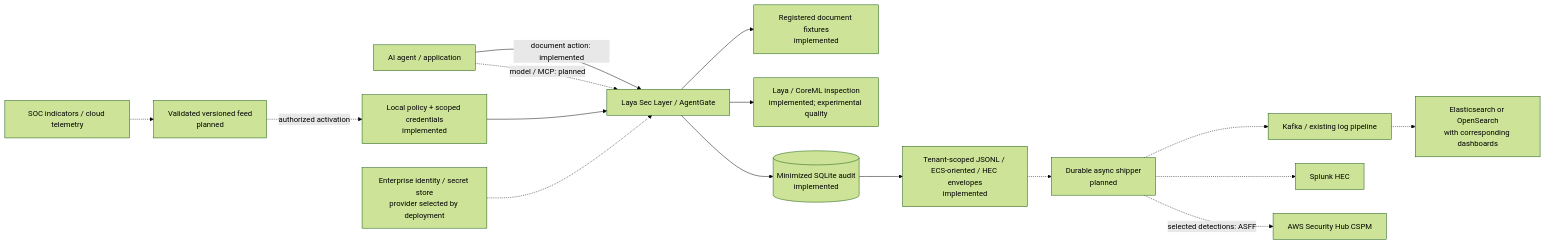
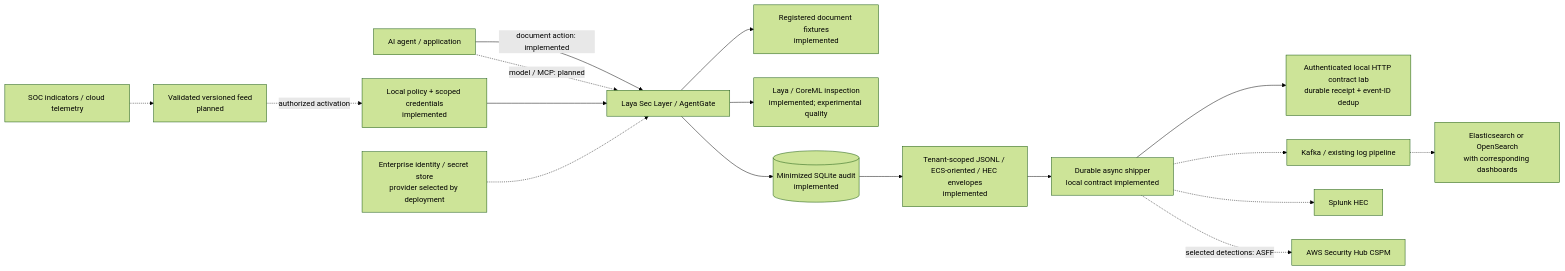
Before and after one commit to bsisduck/laya-layer: the diagram in docs/enterprise-integrations.md, drawn with Mermaid (forest theme). The commit also changed other lines of this file and 10 other files, not shown here.

````diff
--- a/docs/enterprise-integrations.md
+++ b/docs/enterprise-integrations.md
@@ -15,18 +17,19 @@
 ```mermaid
 flowchart LR
     Client["AI agent / application"] -->|"document action: implemented"| Gate["Laya Sec Layer / AgentGate"]
     Client -. "model / MCP: planned" .-> Gate
     Policy["Local policy + scoped credentials<br/>implemented"] --> Gate
     Gate --> Docs["Registered document fixtures<br/>implemented"]
     Gate --> Sem["Laya / CoreML inspection<br/>implemented; experimental quality"]
     Gate --> Audit[("Minimized SQLite audit<br/>implemented")]
     Audit --> Export["Tenant-scoped JSONL / ECS-oriented / HEC envelopes<br/>implemented"]
-    Export -.-> Shipper["Durable async shipper<br/>planned"]
+    Export --> Shipper["Durable async shipper<br/>local contract implemented"]
+    Shipper --> Lab["Authenticated local HTTP contract lab<br/>durable receipt + event-ID dedup"]
     Shipper -.-> Kafka["Kafka / existing log pipeline"]
     Kafka -.-> Search["Elasticsearch or OpenSearch<br/>with corresponding dashboards"]
     Shipper -.-> Splunk["Splunk HEC"]
     Shipper -. "selected detections: ASFF" .-> Hub["AWS Security Hub CSPM"]
     Signals["SOC indicators / cloud telemetry"] -.-> Feed["Validated versioned feed<br/>planned"]
     Feed -. "authorized activation" .-> Policy
     IAM["Enterprise identity / secret store<br/>provider selected by deployment"] -.-> Gate
 ```
````
